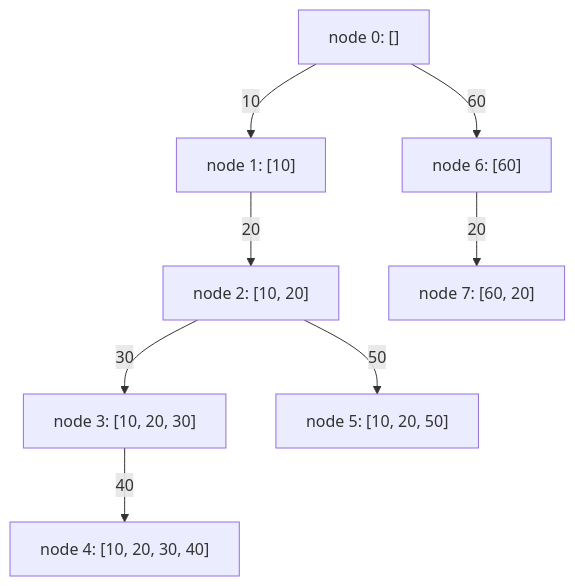
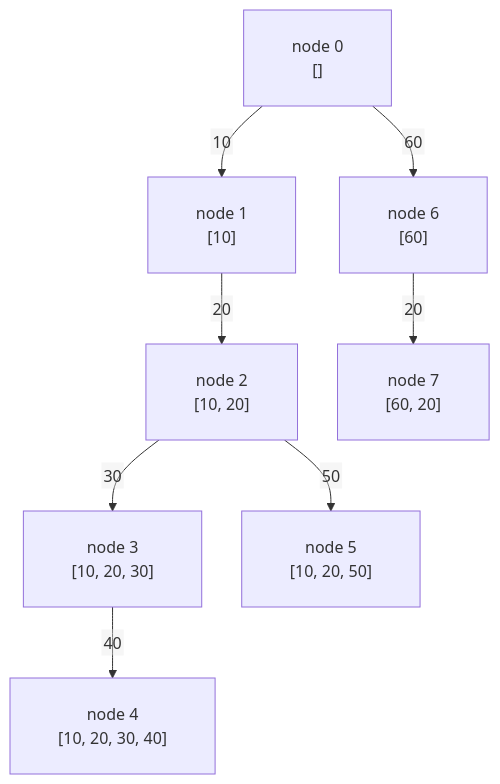
Before and after one commit to udit4code/TensorTonic-Solutions: the first of 2 diagrams in study-plans/language-modeling-from-scratch/cs336-l18-kv-prefix-trie/cs336-l18-kv-prefix-trie.notes.md, drawn with Mermaid. The commit also changed other lines of this file and 2 other files, not shown here.

````diff
--- a/study-plans/language-modeling-from-scratch/cs336-l18-kv-prefix-trie/cs336-l18-kv-prefix-trie.notes.md
+++ b/study-plans/language-modeling-from-scratch/cs336-l18-kv-prefix-trie/cs336-l18-kv-prefix-trie.notes.md
@@ -88,18 +88,19 @@
 ```mermaid
+%%{init: {"flowchart": {"htmlLabels": false, "padding": 24, "nodeSpacing": 40, "rankSpacing": 45}, "themeVariables": {"fontSize": "16px"}}}%%
 flowchart TD
-    n0["node 0: []"]
-    n1["node 1: [10]"]
-    n2["node 2: [10, 20]"]
-    n3["node 3: [10, 20, 30]"]
-    n4["node 4: [10, 20, 30, 40]"]
-    n5["node 5: [10, 20, 50]"]
-    n6["node 6: [60]"]
-    n7["node 7: [60, 20]"]
+    n0["node 0<br/>[]"]
+    n1["node 1<br/>[10]"]
+    n2["node 2<br/>[10, 20]"]
+    n3["node 3<br/>[10, 20, 30]"]
+    n4["node 4<br/>[10, 20, 30, 40]"]
+    n5["node 5<br/>[10, 20, 50]"]
+    n6["node 6<br/>[60]"]
+    n7["node 7<br/>[60, 20]"]
     n0 -->|10| n1
     n1 -->|20| n2
     n2 -->|30| n3
     n3 -->|40| n4
     n2 -->|50| n5
     n0 -->|60| n6
     n6 -->|20| n7
 ```
````
